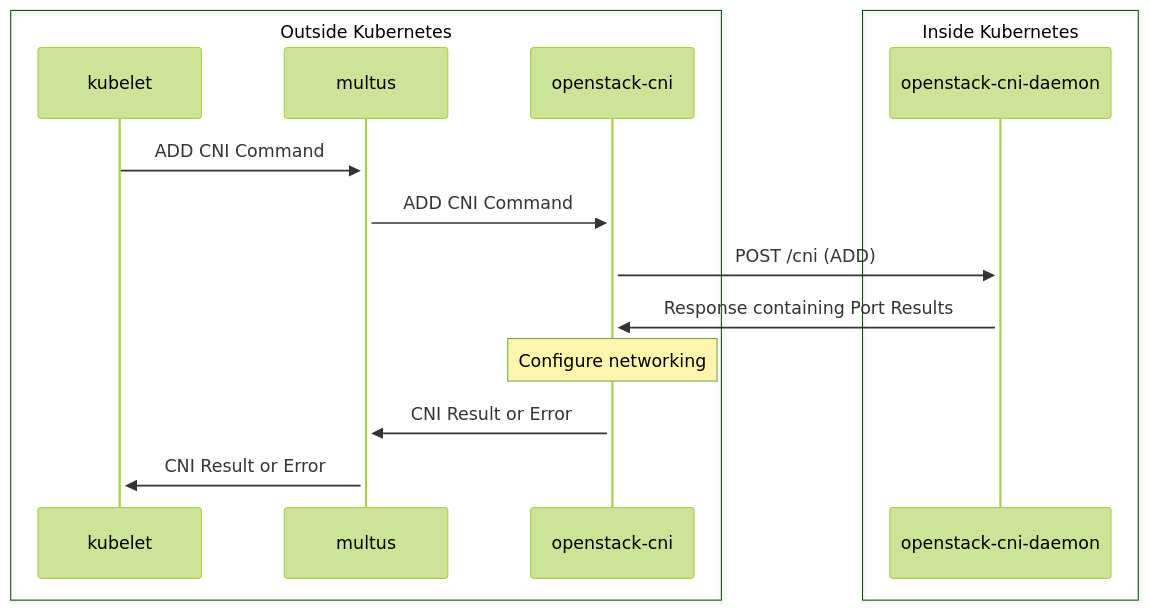
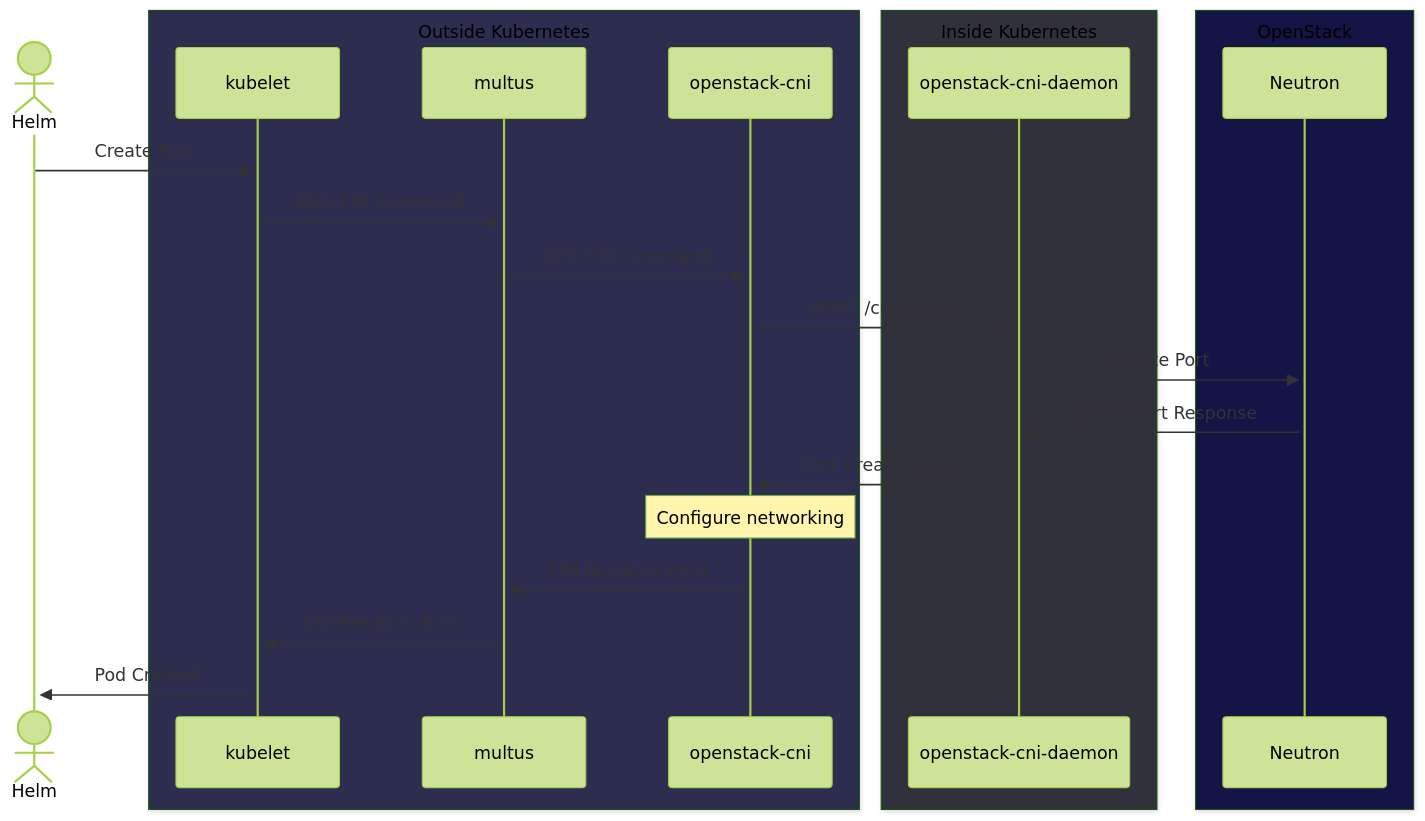
One commit to jrboelens/openstack-cni changed the first of 2 diagrams in docs/diagrams.md. Above: the diagram before and after it, drawn with Mermaid (forest theme). The commit also changed other lines of this file and 3 other files, not shown here.

First line of the commit message:
Chart updates (#9)

````diff
--- a/docs/diagrams.md
+++ b/docs/diagrams.md
@@ -5,18 +5,26 @@
 ```mermaid
 sequenceDiagram
-    box Outside Kubernetes
+    actor Helm
+    box rgb(45, 45, 80) Outside Kubernetes
     participant kubelet
     participant multus
     participant openstack-cni
     end
-    box Inside Kubernetes
+    box rgb(49, 49, 60) Inside Kubernetes
     participant openstack-cni-daemon
     end
+    box rgb(20, 20, 70) OpenStack
+    participant Neutron
+    end
+    Helm->>+kubelet: Create Pod
     kubelet->>+multus: ADD CNI Command
     multus->>+openstack-cni: ADD CNI Command
     openstack-cni->>+openstack-cni-daemon: POST /cni (ADD)
-    openstack-cni-daemon->>+openstack-cni: Response containing Port Results
+    openstack-cni-daemon->>+Neutron: Create Port
+    Neutron->>+openstack-cni-daemon: Create Port Response
+    openstack-cni-daemon->>+openstack-cni: Port Create Results
     Note over openstack-cni: Configure networking
     openstack-cni->>+multus: CNI Result or Error
     multus->>+kubelet: CNI Result or Error
+    kubelet->>+Helm: Pod Created
 ```
````
